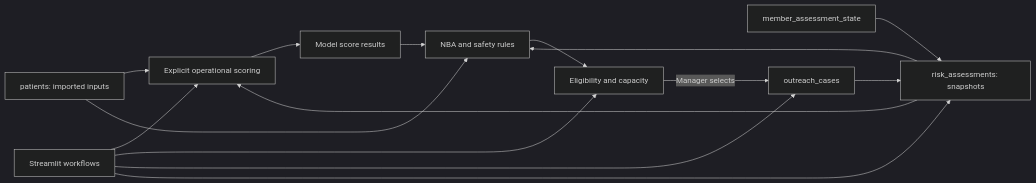
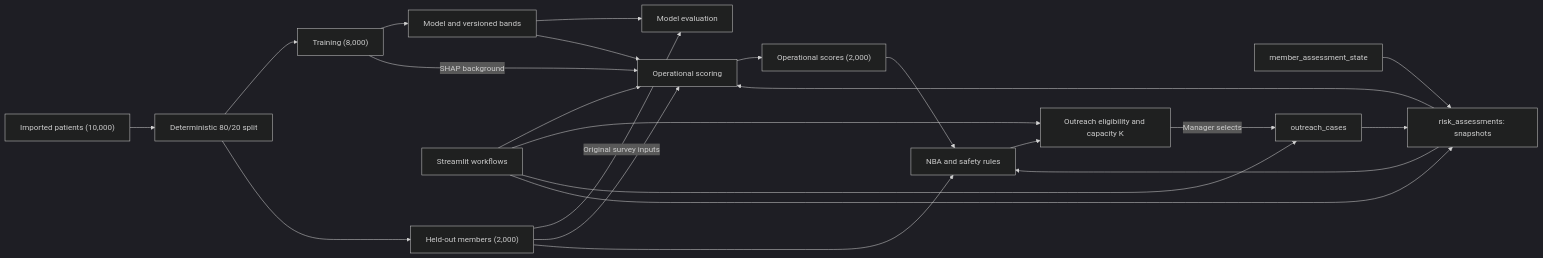
The first of 2 diagrams in docs/milestone-3/architecture-and-workflows.md (jonpauljah/mh-risk-outreach), drawn with Mermaid (dark theme) before and after one commit. The commit also changed other lines of this file and 17 other files, not shown here.

Commit message:
Restrict outreach operations to the original holdout

````diff
--- a/docs/milestone-3/architecture-and-workflows.md
+++ b/docs/milestone-3/architecture-and-workflows.md
@@ -27,17 +30,25 @@
 ```mermaid
 flowchart LR
-    P[patients: imported inputs] --> S[Explicit operational scoring]
-    P --> N[NBA and safety rules]
-    S --> R[Model score results]
+    P["Imported patients (10,000)"] --> D["Deterministic 80/20 split"]
+    D --> T["Training (8,000)"]
+    D --> H["Held-out members (2,000)"]
+    T --> V["Model and versioned bands"]
+    V --> Q["Model evaluation"]
+    H -->|Original survey inputs| Q
+    V --> S["Operational scoring"]
+    T -->|SHAP background| S
+    H --> S
+    S --> R["Operational scores (2,000)"]
     R --> N
+    H --> N["NBA and safety rules"]
     A[risk_assessments: snapshots] --> S
     A --> N
     M[member_assessment_state] --> A
-    N --> E[Eligibility and capacity]
+    N --> E["Outreach eligibility and capacity K"]
     E -->|Manager selects| C[outreach_cases]
     C --> A
     U[Streamlit workflows] --> S
     U --> E
     U --> C
     U --> A
 ```
````
